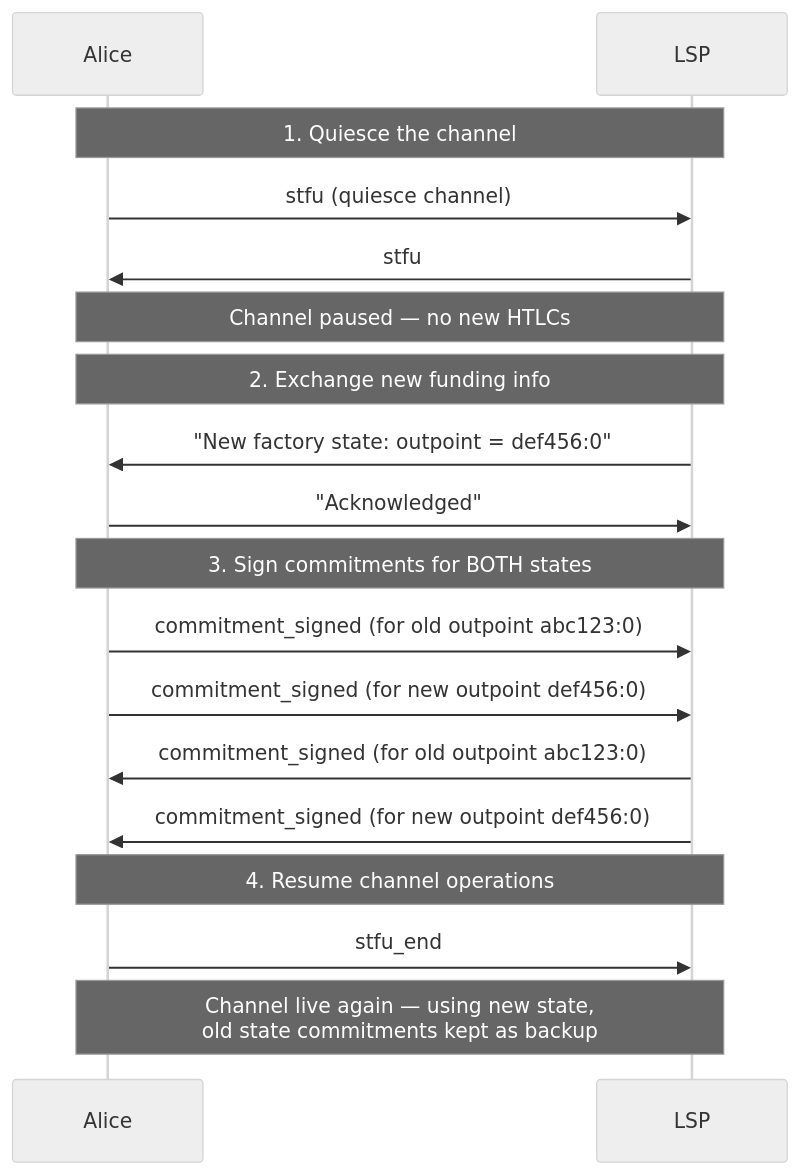
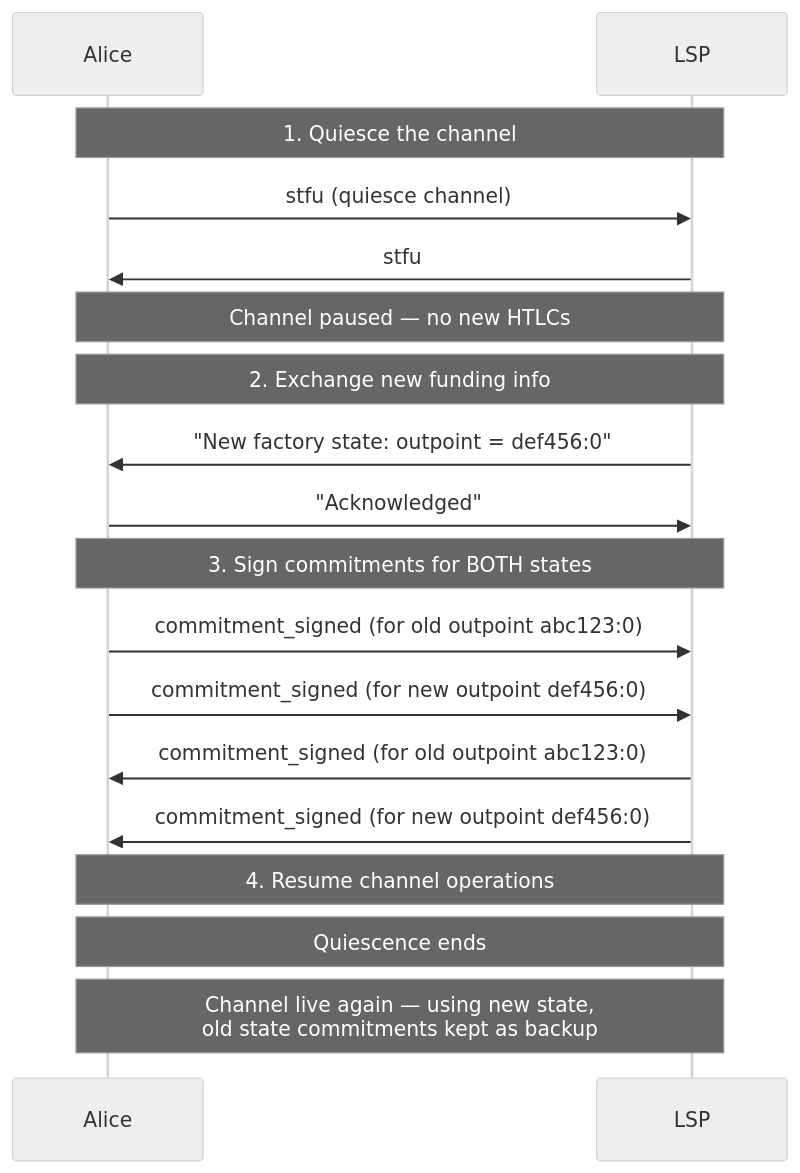
The second of 2 diagrams in extensions/dual-state-management.md (8144225309/superscalar-docs), drawn with Mermaid (neutral theme) before and after one commit. The commit also changed 4 other files, not shown here.

````diff
--- a/extensions/dual-state-management.md
+++ b/extensions/dual-state-management.md
@@ -36,24 +36,24 @@
 ```mermaid
 sequenceDiagram
     participant A as Alice
     participant L as LSP
 
     Note over A,L: 1. Quiesce the channel
     A->>L: stfu (quiesce channel)
     L->>A: stfu
     Note over A,L: Channel paused — no new HTLCs
 
     Note over A,L: 2. Exchange new funding info
     L->>A: "New factory state: outpoint = def456:0"
     A->>L: "Acknowledged"
 
     Note over A,L: 3. Sign commitments for BOTH states
     A->>L: commitment_signed (for old outpoint abc123:0)
     A->>L: commitment_signed (for new outpoint def456:0)
     L->>A: commitment_signed (for old outpoint abc123:0)
     L->>A: commitment_signed (for new outpoint def456:0)
 
     Note over A,L: 4. Resume channel operations
-    A->>L: stfu_end
+    Note over A,L: Quiescence ends
     Note over A,L: Channel live again — using new state,<br/>old state commitments kept as backup
 ```
````
